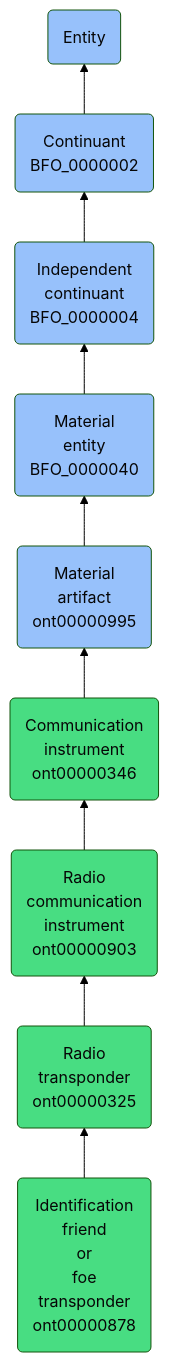
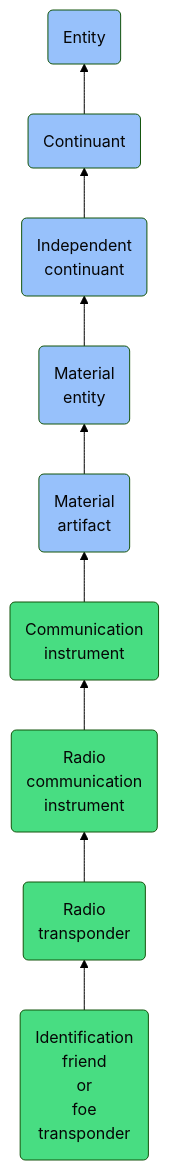
Before and after one commit to jupyter-naas/abi: the diagram in docs/ontology/reference/model/Entity/Continuant/Independent continuant/Material entity/Material artifact/Communication instrument/Radio communication instrument/Radio transponder/Identification friend or foe transponder/Identification friend or foe transponder.md, drawn with Mermaid (forest theme). The commit also changed other lines of this file and 1430 other files, not shown here.

````diff
--- a/docs/ontology/reference/model/Entity/Continuant/Independent continuant/Material entity/Material artifact/Communication instrument/Radio communication instrument/Radio transponder/Identification friend or foe transponder/Identification friend or foe transponder.md
+++ b/docs/ontology/reference/model/Entity/Continuant/Independent continuant/Material entity/Material artifact/Communication instrument/Radio communication instrument/Radio transponder/Identification friend or foe transponder/Identification friend or foe transponder.md
@@ -24,16 +24,16 @@
 ```mermaid
 graph BT
-    ont00000878(Identification<br>friend<br>or<br>foe<br>transponder<br>ont00000878):::ABI-->ont00000325
-    ont00000325(Radio<br>transponder<br>ont00000325):::ABI-->ont00000903
-    ont00000903(Radio<br>communication<br>instrument<br>ont00000903):::ABI-->ont00000346
-    ont00000346(Communication<br>instrument<br>ont00000346):::ABI-->ont00000995
-    ont00000995(Material<br>artifact<br>ont00000995):::BFO-->BFO_0000040
-    BFO_0000040(Material<br>entity<br>BFO_0000040):::BFO-->BFO_0000004
-    BFO_0000004(Independent<br>continuant<br>BFO_0000004):::BFO-->BFO_0000002
-    BFO_0000002(Continuant<br>BFO_0000002):::BFO-->BFO_0000001
+    ont00000878(Identification<br>friend<br>or<br>foe<br>transponder):::ABI-->ont00000325
+    ont00000325(Radio<br>transponder):::ABI-->ont00000903
+    ont00000903(Radio<br>communication<br>instrument):::ABI-->ont00000346
+    ont00000346(Communication<br>instrument):::ABI-->ont00000995
+    ont00000995(Material<br>artifact):::BFO-->BFO_0000040
+    BFO_0000040(Material<br>entity):::BFO-->BFO_0000004
+    BFO_0000004(Independent<br>continuant):::BFO-->BFO_0000002
+    BFO_0000002(Continuant):::BFO-->BFO_0000001
     BFO_0000001(Entity):::BFO
     
     classDef BFO fill:#97c1fb,color:#060606
     classDef CCO fill:#e4c51e,color:#060606
     classDef ABI fill:#48DD82,color:#060606
 ```
````
